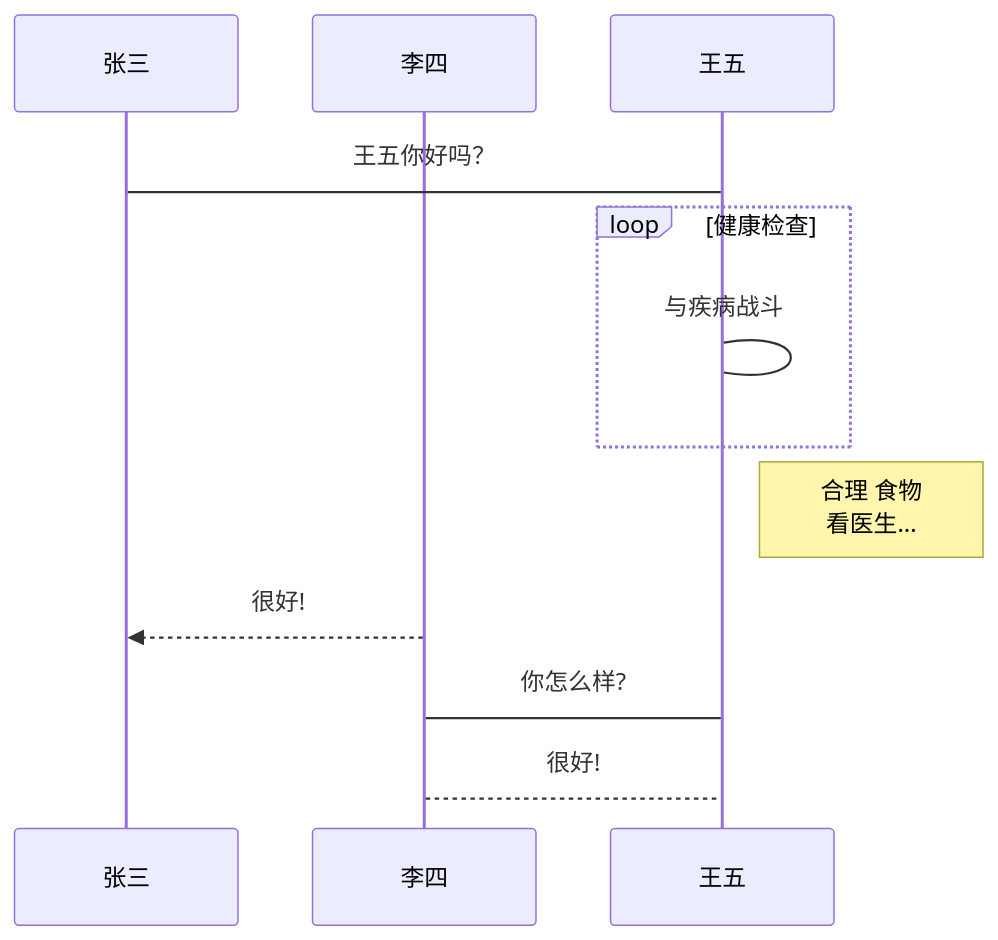
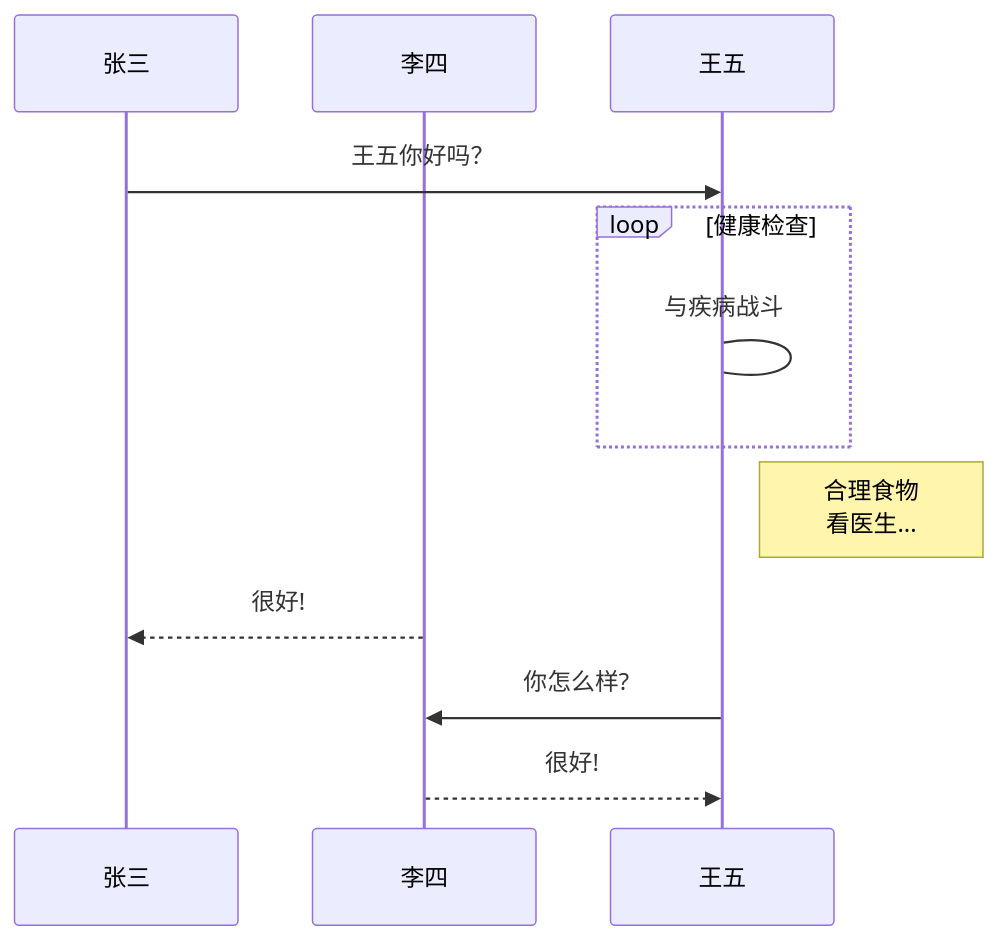
One commit to chen810/study-code changed the first of 3 diagrams in markdown.md. Above: the diagram before and after it, drawn with Mermaid. The commit also changed other lines of this file, not shown here.

````diff
--- a/markdown.md
+++ b/markdown.md
@@ -172,14 +172,14 @@
 ```mermaid
 %% 时序图例子,-> 直线，-->虚线，->>实线箭头
   sequenceDiagram
     participant 张三
     participant 李四
-    张三->王五: 王五你好吗？
+    张三->>王五: 王五你好吗？
     loop 健康检查
         王五->王五: 与疾病战斗
     end
-    Note right of 王五: 合理 食物 <br/>看医生...
+    Note right of 王五: 合理食物 <br/>看医生...
     李四-->>张三: 很好!
-    王五->李四: 你怎么样?
-    李四-->王五: 很好!
+    王五->>李四: 你怎么样?
+    李四-->>王五: 很好!
 ```
````
